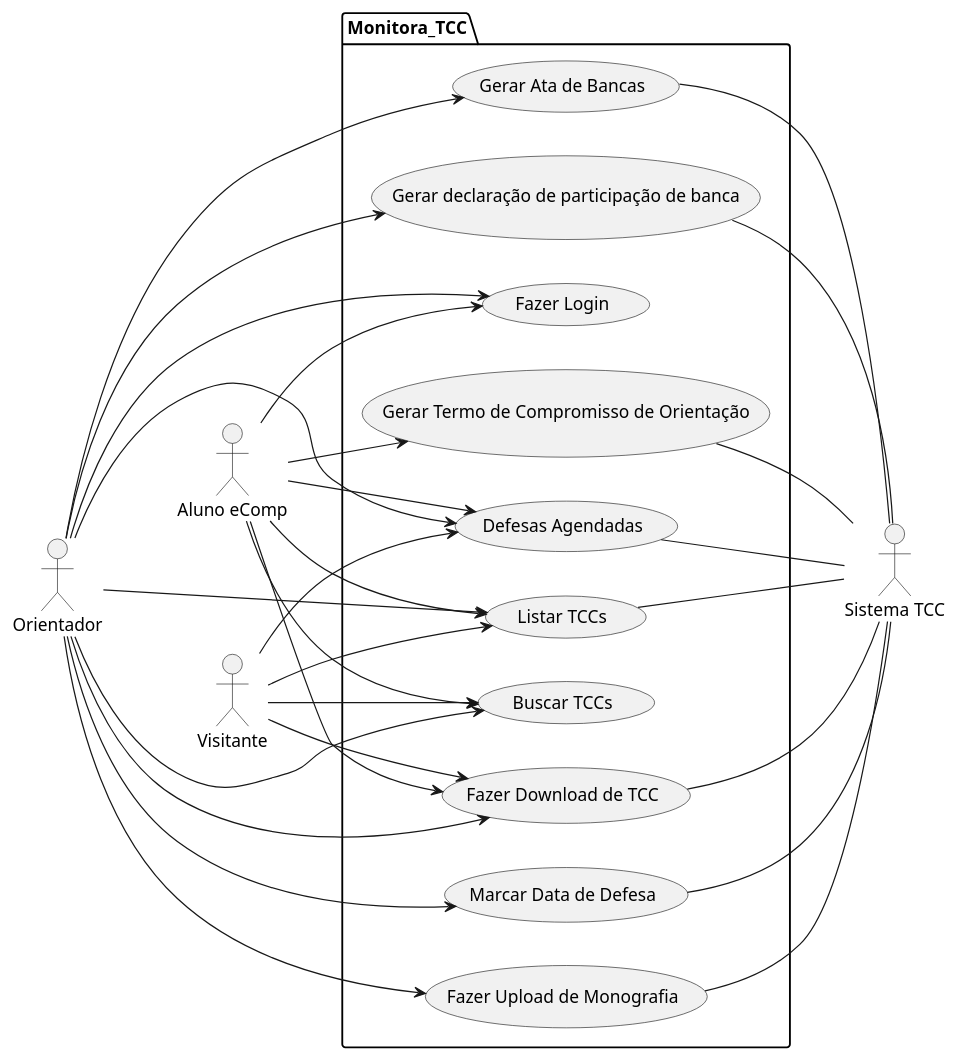
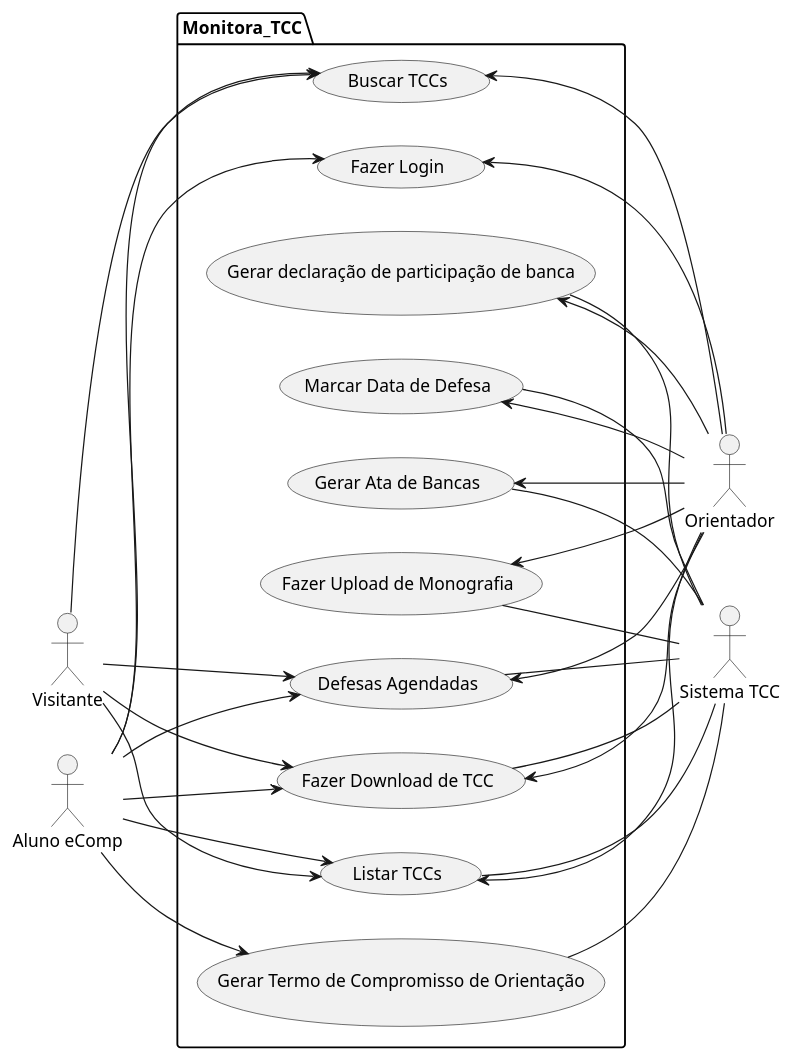
One commit to LMM-Eng-Software/Monitora-TCC changed the diagram in analysis/casos.plantuml. Above: the diagram before and after it, drawn with PlantUML. The commit also changed 5 other files, not shown here.

```diff
--- a/analysis/casos.plantuml
+++ b/analysis/casos.plantuml
@@ -1,55 +1,55 @@
 @startuml casosdeuso
 left to right direction
 
 "Aluno eComp" as Aluno
 "Orientador" as Prof
 "Visitante" as Visit
 
 "Sistema TCC" as Sist
 
 
 package Monitora_TCC {
 "Gerar declaração de participação de banca" as (Participacao)
 "Listar TCCs" as (Listar)
 "Buscar TCCs" as (Buscar)
 "Fazer Download de TCC" as (Download)
 "Fazer Login" as (Login)
 "Marcar Data de Defesa" as (Data)
 "Fazer Upload de Monografia" as (Upload)
 "Gerar Ata de Bancas" as (Atas)
 "Defesas Agendadas" as (Agendar)
 "Gerar Termo de Compromisso de Orientação" as (Compromisso)
 }
 
-:Prof: ---> (Listar)
-:Prof: ---> (Download)
-:Prof: ---> (Buscar)
-:Prof: ---> (Participacao)
-:Prof: ---> (Upload)
-:Prof: ---> (Atas)
-:Prof: ---> (Data)
-:Prof: ---> (Login)
-:Prof: ---> (Agendar)
+:Prof: -up-> (Listar)
+:Prof: -up-> (Download)
+:Prof: -up-> (Buscar)
+:Prof: -up-> (Participacao)
+:Prof: -up-> (Upload)
+:Prof: -up-> (Atas)
+:Prof: -up-> (Data)
+:Prof: -up-> (Login)
+:Prof: -up-> (Agendar)
 
 :Aluno: --> (Listar)
 :Aluno: --> (Download)
 :Aluno: --> (Agendar)
 :Aluno: --> (Buscar)
 :Aluno: --> (Login)
 :Aluno: --> (Compromisso)
 
 :Visit: --> (Listar)
 :Visit: --> (Download)
 :Visit: --> (Agendar)
 :Visit: --> (Buscar)
 
 (Participacao) -- :Sist:
 (Upload) -- :Sist:
 (Listar) -- :Sist:
 (Download) -- :Sist:
 (Compromisso) -- :Sist:
 (Agendar) -- :Sist:
 (Atas) -- :Sist:
 (Data) -- :Sist:
 
 @enduml
```
